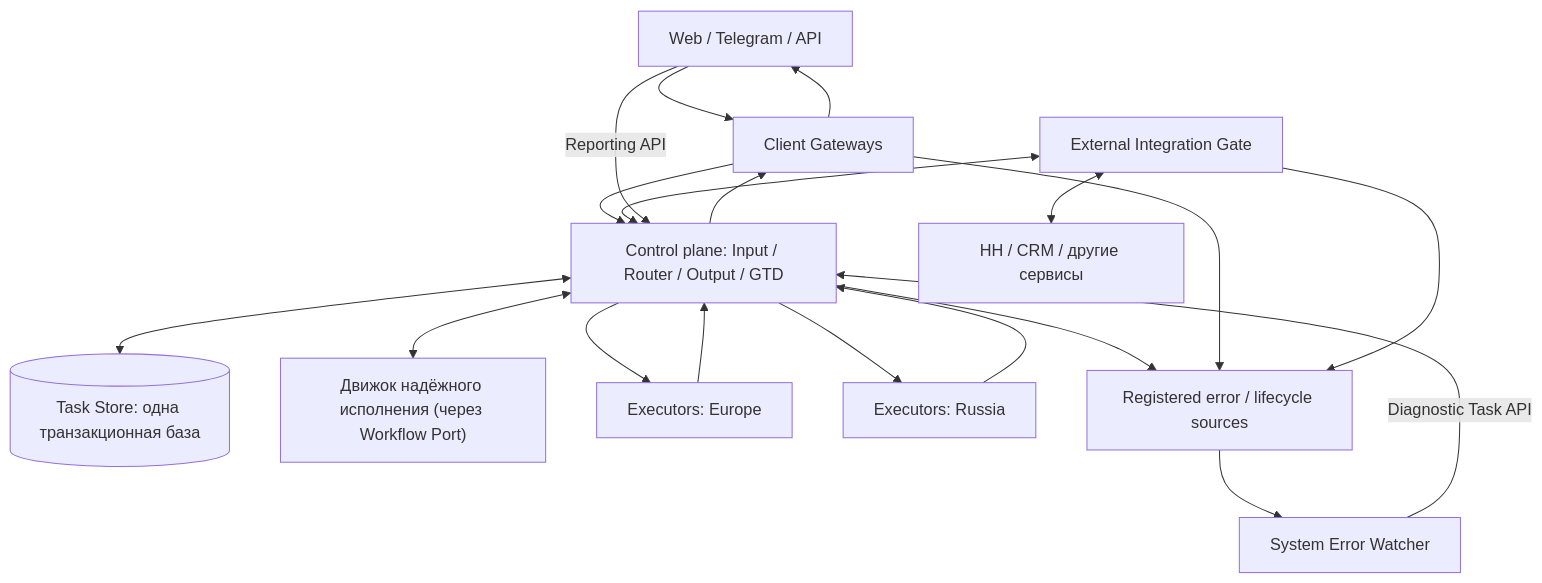
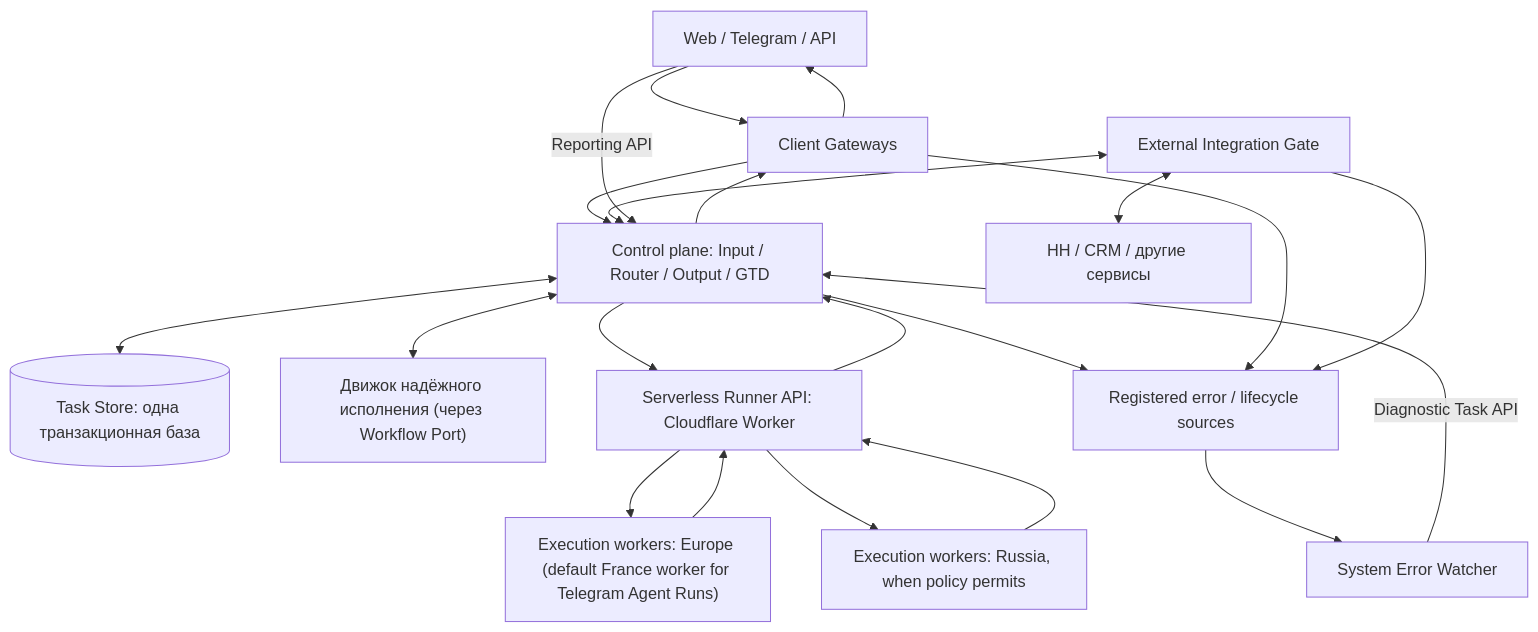
One commit to trained-assist/trained-agent-architecture changed the first of 3 diagrams in ARCHITECTURE.md. Above: the diagram before and after it, drawn with Mermaid. The commit also changed other lines of this file and 15 other files, not shown here.

First line of the commit message:
docs: define serverless Runner API boundary (#238)

````diff
--- a/ARCHITECTURE.md
+++ b/ARCHITECTURE.md
@@ -36,21 +36,23 @@
 ```mermaid
 flowchart TD
   C["Web / Telegram / API"] --> G["Client Gateways"]
   G --> T["Control plane: Input / Router / Output / GTD"]
   T <--> DB[("Task Store: одна транзакционная база")]
   T <--> WF["Движок надёжного исполнения (через Workflow Port)"]
   E["External Integration Gate"] <--> T
   E <--> X["HH / CRM / другие сервисы"]
-  T --> EU["Executors: Europe"]
-  T --> RU["Executors: Russia"]
-  EU --> T
-  RU --> T
+  T --> RA["Serverless Runner API: Cloudflare Worker"]
+  RA --> EU["Execution workers: Europe (default France worker for Telegram Agent Runs)"]
+  RA --> RU["Execution workers: Russia, when policy permits"]
+  EU --> RA
+  RU --> RA
+  RA --> T
   T --> G
   G --> C
   C -->|"Reporting API"| T
   T --> LOG["Registered error / lifecycle sources"]
   G --> LOG
   E --> LOG
   LOG --> WATCH["System Error Watcher"]
   WATCH -->|"Diagnostic Task API"| T
 ```
````
